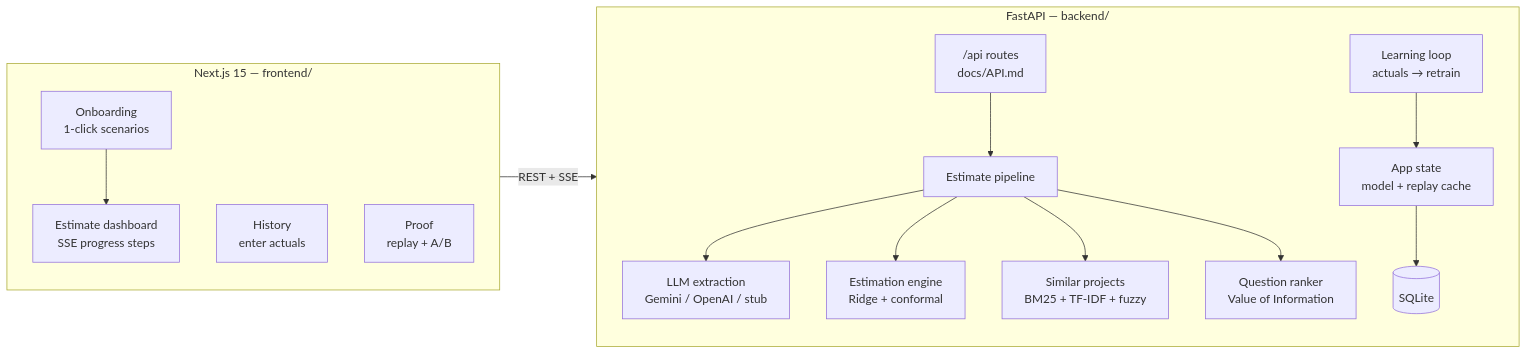
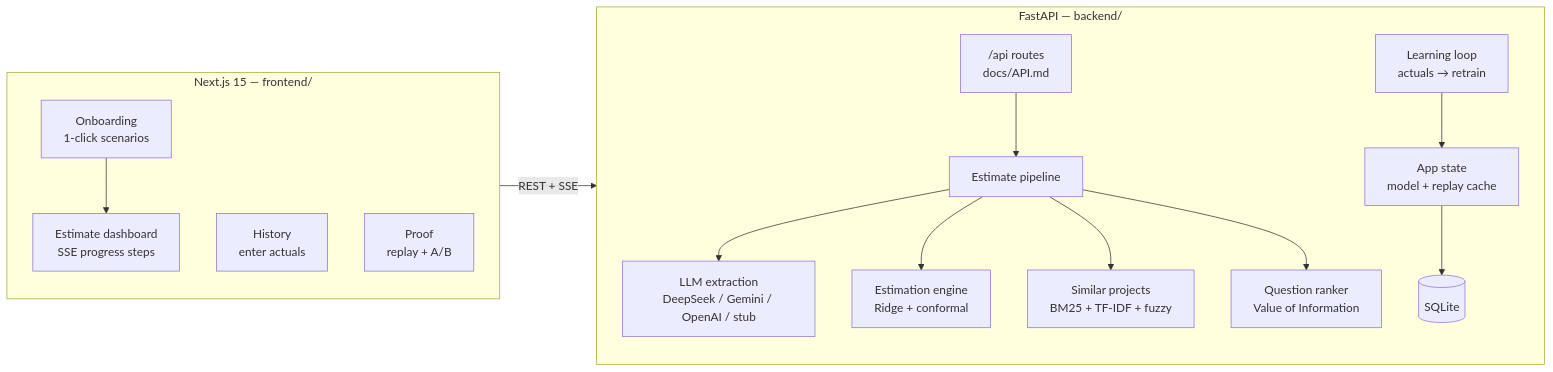
The diagram in README.md (iknizzz1807/the-estimator), drawn with Mermaid before and after one commit. The commit also changed other lines of this file and 8 other files, not shown here.

Commit message:
feat(providers): add DeepSeek V4.1 Flash provider (deepseek-flash) as recommended LLM

````diff
--- a/README.md
+++ b/README.md
@@ -30,20 +30,20 @@
 ```mermaid
 flowchart LR
     subgraph FE["Next.js 15 — frontend/"]
         OB[Onboarding<br/>1-click scenarios] --> EST[Estimate dashboard<br/>SSE progress steps]
         HIST[History<br/>enter actuals]
         PROOF[Proof<br/>replay + A/B]
     end
 
     subgraph BE["FastAPI — backend/"]
         R["/api routes<br/>docs/API.md"] --> PIPE[Estimate pipeline]
-        PIPE --> EX[LLM extraction<br/>Gemini / OpenAI / stub]
+        PIPE --> EX[LLM extraction<br/>DeepSeek / Gemini / OpenAI / stub]
         PIPE --> ENG[Estimation engine<br/>Ridge + conformal]
         PIPE --> SIM[Similar projects<br/>BM25 + TF-IDF + fuzzy]
         PIPE --> VOI[Question ranker<br/>Value of Information]
         STATE[App state<br/>model + replay cache] --> DB[(SQLite)]
         LEARN[Learning loop<br/>actuals → retrain] --> STATE
     end
 
     FE -->|REST + SSE| BE
 ```
````
